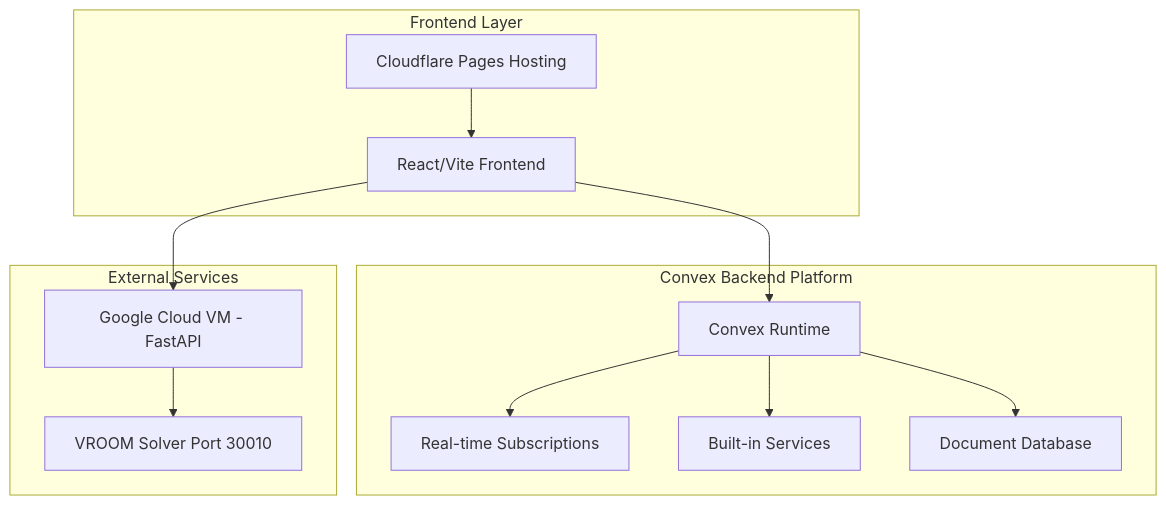
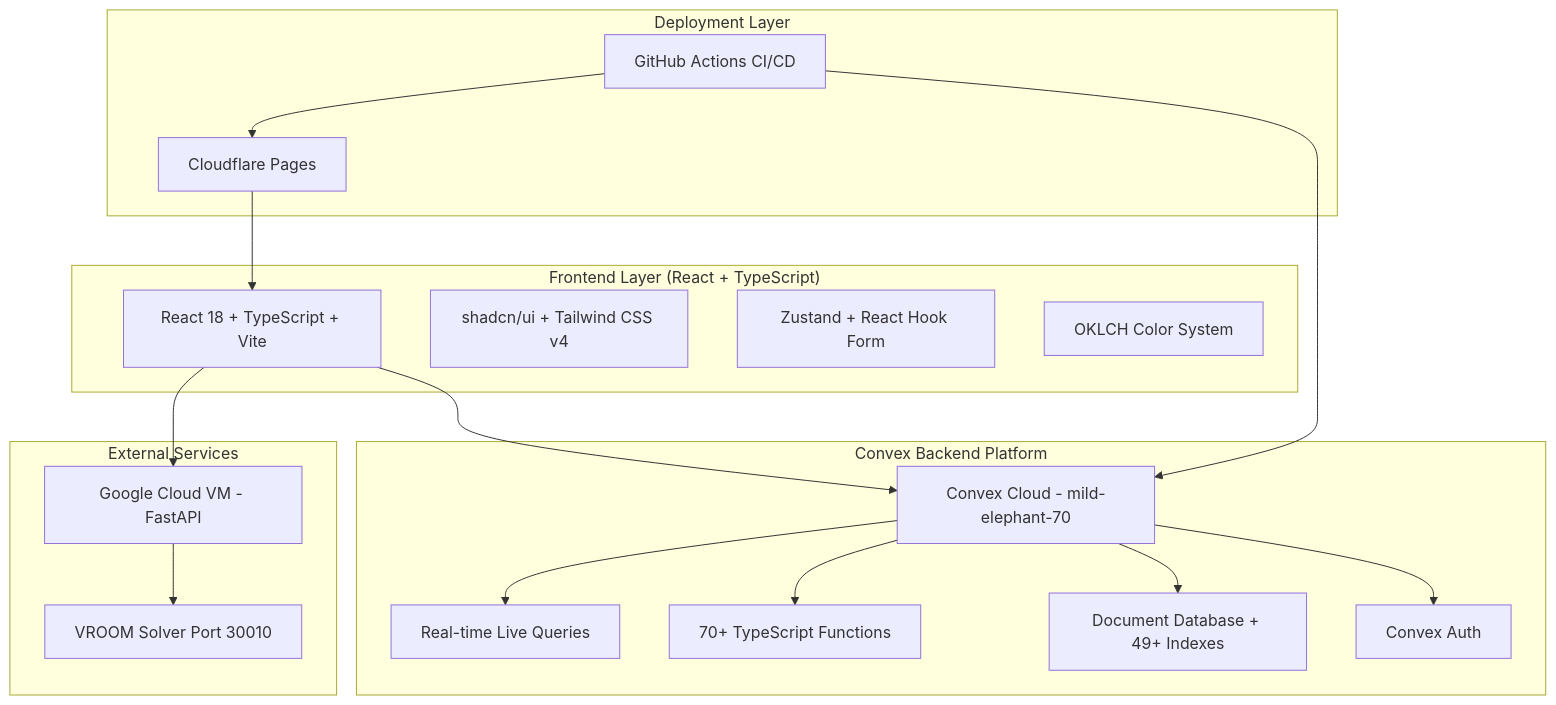
One commit to DecoyV01/vrp-system-v4 changed the first of 3 diagrams in memory-bank/convex-database-schema.md. Above: the diagram before and after it, drawn with Mermaid. The commit also changed other lines of this file and 2 other files, not shown here.

````diff
--- a/memory-bank/convex-database-schema.md
+++ b/memory-bank/convex-database-schema.md
@@ -5,28 +5,39 @@
 ```mermaid
 graph TB
-    subgraph "Frontend Layer"
-        A[React/Vite Frontend]
-        B[Cloudflare Pages Hosting]
+    subgraph "Frontend Layer (React + TypeScript)"
+        A[React 18 + TypeScript + Vite]
+        B[shadcn/ui + Tailwind CSS v4]
+        C[Zustand + React Hook Form]
+        D[OKLCH Color System]
+    end
+    
+    subgraph "Deployment Layer"
+        E[Cloudflare Pages]
+        F[GitHub Actions CI/CD]
     end
     
     subgraph "Convex Backend Platform"
-        C[Convex Runtime]
-        D[Real-time Subscriptions]
-        E[Built-in Services]
-        F[Document Database]
+        G[Convex Cloud - mild-elephant-70]
+        H[Real-time Live Queries]
+        I[70+ TypeScript Functions]
+        J[Document Database + 49+ Indexes]
+        K[Convex Auth]
     end
     
     subgraph "External Services"
-        G[Google Cloud VM - FastAPI]
-        H[VROOM Solver Port 30010]
+        L[Google Cloud VM - FastAPI]
+        M[VROOM Solver Port 30010]
     end
     
-    A --> C
-    C --> D
-    C --> E
-    C --> F
     A --> G
     G --> H
+    G --> I
+    G --> J
+    G --> K
+    A --> L
+    L --> M
     
-    B --> A
+    E --> A
+    F --> E
+    F --> G
 ```
````
